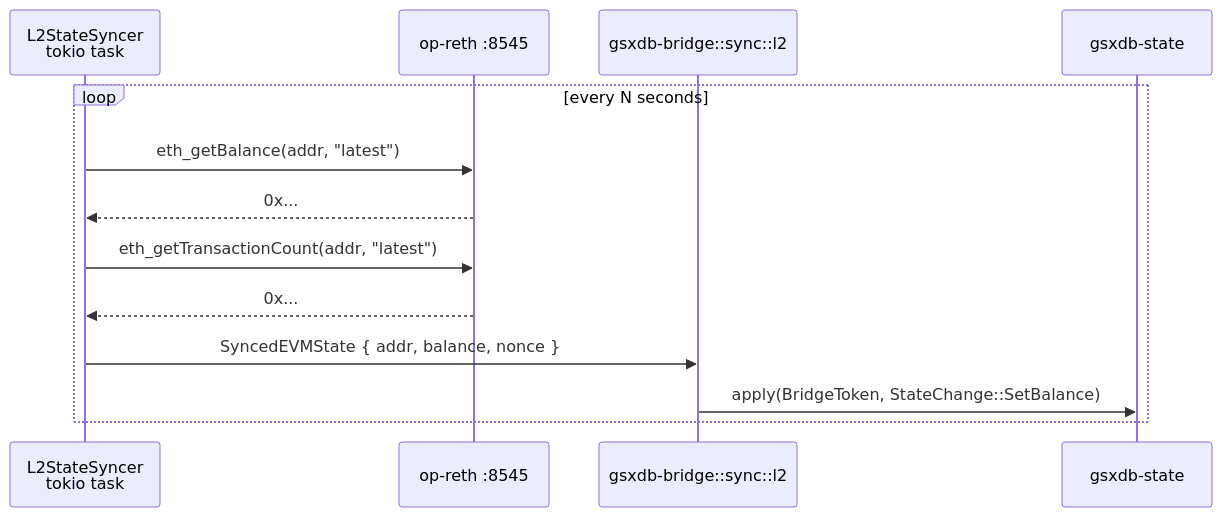
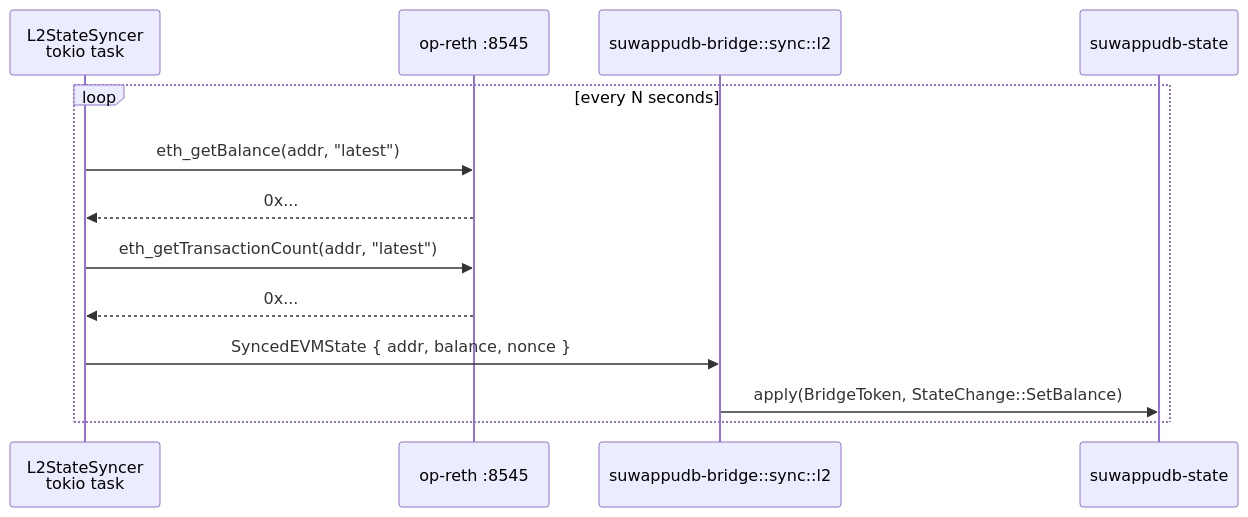
Before and after one commit to Suwappu-Labs/suwappu-db: the third of 5 diagrams in docs/architecture/request-lifecycle.md, drawn with Mermaid. The commit also changed other lines of this file and 232 other files, not shown here.

````diff
--- a/docs/architecture/request-lifecycle.md
+++ b/docs/architecture/request-lifecycle.md
@@ -54,15 +54,15 @@
 ```mermaid
 sequenceDiagram
     participant Syncer as L2StateSyncer<br/>tokio task
     participant OPReth as op-reth :8545
-    participant Bridge as gsxdb-bridge::sync::l2
-    participant State as gsxdb-state
+    participant Bridge as suwappudb-bridge::sync::l2
+    participant State as suwappudb-state
     loop every N seconds
         Syncer->>OPReth: eth_getBalance(addr, "latest")
         OPReth-->>Syncer: 0x...
         Syncer->>OPReth: eth_getTransactionCount(addr, "latest")
         OPReth-->>Syncer: 0x...
         Syncer->>Bridge: SyncedEVMState { addr, balance, nonce }
         Bridge->>State: apply(BridgeToken, StateChange::SetBalance)
     end
 ```
````
